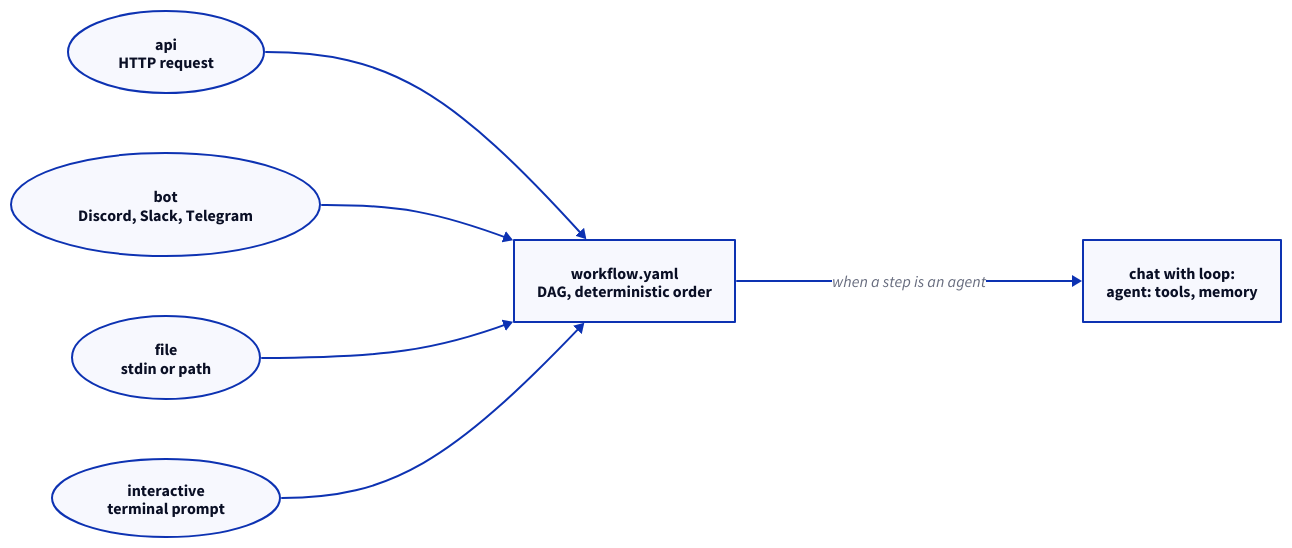
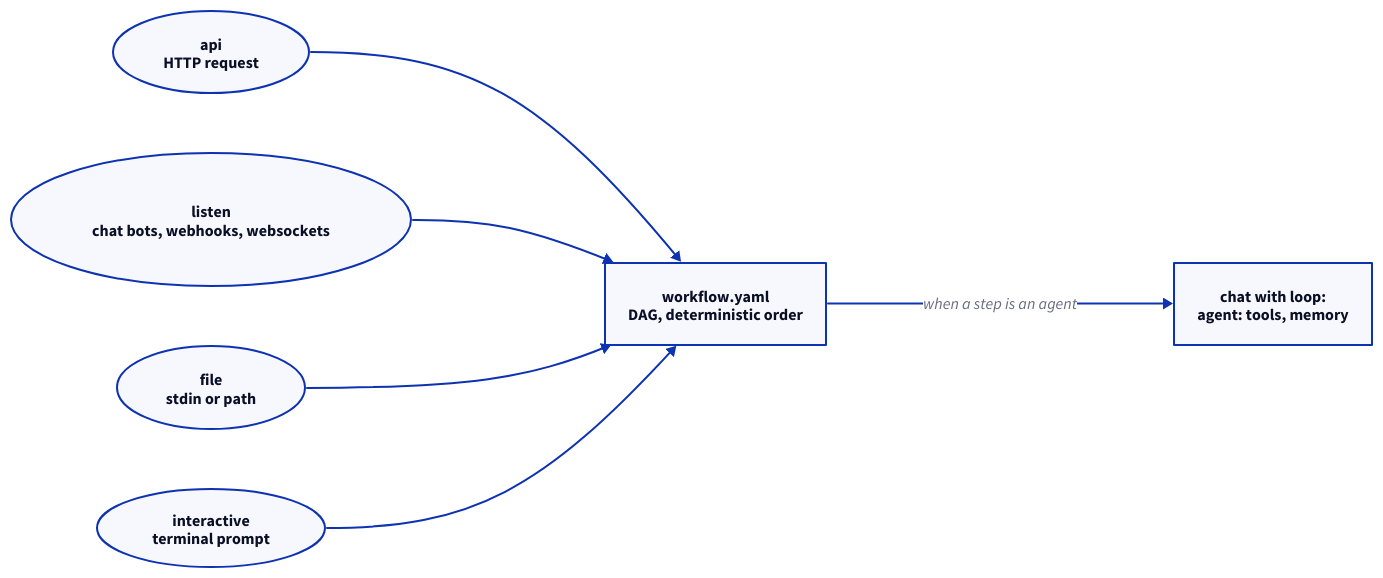
The diagram in docs/v2/start/why-kdeps.md (kdeps/kdeps), drawn with D2 before and after one commit. The commit also changed other lines of this file and 7 other files, not shown here.

````diff
--- a/docs/v2/start/why-kdeps.md
+++ b/docs/v2/start/why-kdeps.md
@@ -5,16 +5,16 @@
 ```d2
 direction: right
 
 api: "api\nHTTP request" {shape: oval}
-bot: "bot\nDiscord, Slack, Telegram" {shape: oval}
+listen: "listen\nchat bots, webhooks, websockets" {shape: oval}
 file: "file\nstdin or path" {shape: oval}
 prompt: "interactive\nterminal prompt" {shape: oval}
 W: "workflow.yaml\nDAG, deterministic order"
 L: "chat with loop:\nagent: tools, memory"
 
 api -> W
-bot -> W
+listen -> W
 file -> W
 prompt -> W
 W -> L: "when a step is an agent"
 ```
````
